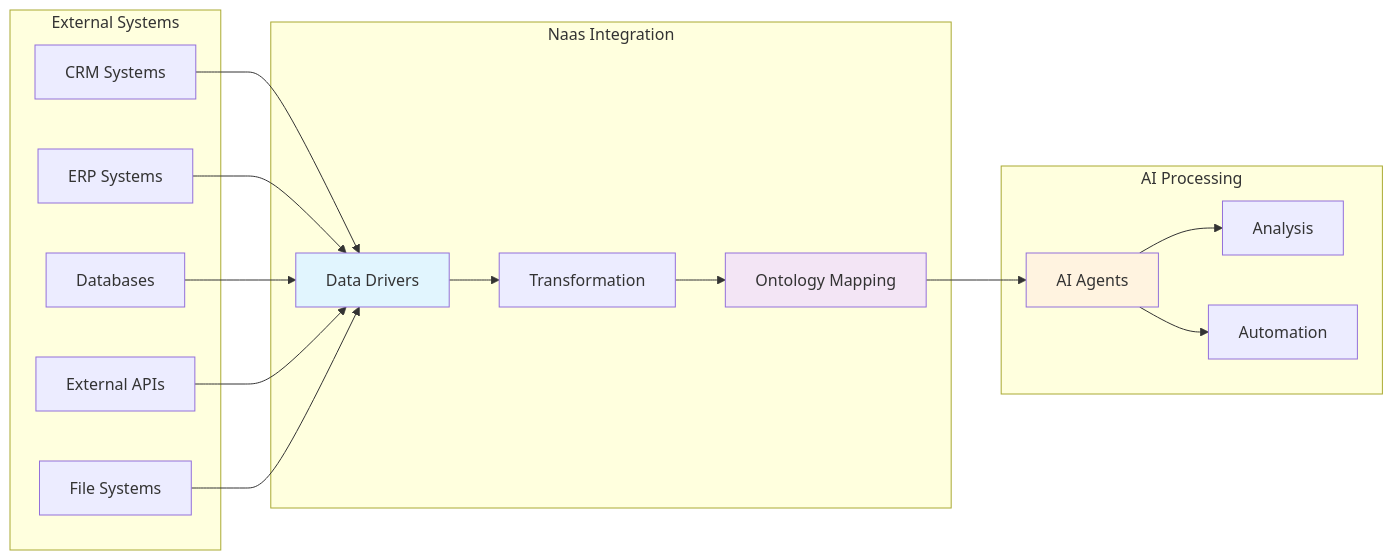
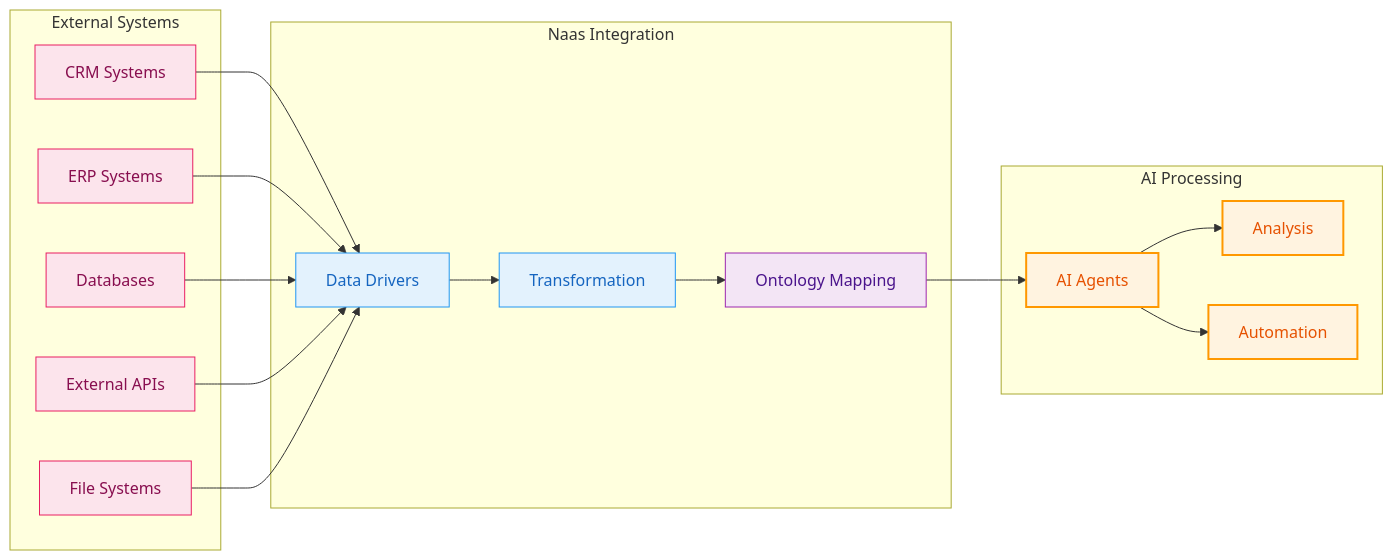
Before and after one commit to jupyter-naas/docs: the second of 2 diagrams in site/docs/scale/architecture/overview.md, drawn with Mermaid. The commit also changed other lines of this file and 4 other files, not shown here.

First line of the commit message:
feat: Implement consistent Mermaid styling across all architecture diagrams

````diff
--- a/site/docs/scale/architecture/overview.md
+++ b/site/docs/scale/architecture/overview.md
@@ -101,39 +108,46 @@
 ```mermaid
 graph LR
     subgraph "External Systems"
         CRM[CRM Systems]
         ERP[ERP Systems]  
         DB[Databases]
-        API[External APIs]
+        EXTAPI[External APIs]
         FILES[File Systems]
     end
     
     subgraph "Naas Integration"
         DRIVERS[Data Drivers]
         TRANSFORM[Transformation]
         ONTOLOGY[Ontology Mapping]
     end
     
     subgraph "AI Processing"
         AGENTS[AI Agents]
         ANALYSIS[Analysis]
         AUTOMATION[Automation]
     end
     
     CRM --> DRIVERS
     ERP --> DRIVERS
     DB --> DRIVERS
-    API --> DRIVERS
+    EXTAPI --> DRIVERS
     FILES --> DRIVERS
     
     DRIVERS --> TRANSFORM
     TRANSFORM --> ONTOLOGY
     ONTOLOGY --> AGENTS
     
     AGENTS --> ANALYSIS
     AGENTS --> AUTOMATION
     
-    style DRIVERS fill:#e1f5fe
-    style ONTOLOGY fill:#f3e5f5
-    style AGENTS fill:#fff3e0
+    classDef userExp fill:#e8f5e8,stroke:#4caf50,stroke-width:2px,color:#2e7d32
+    classDef platform fill:#e3f2fd,stroke:#2196f3,stroke-width:1px,color:#1565c0
+    classDef aiEngine fill:#fff3e0,stroke:#ff9800,stroke-width:2px,color:#e65100
+    classDef dataLayer fill:#f3e5f5,stroke:#9c27b0,stroke-width:1px,color:#4a148c
+    classDef infrastructure fill:#fce4ec,stroke:#e91e63,stroke-width:1px,color:#880e4f
+    
+    class CRM,ERP,DB,EXTAPI,FILES infrastructure
+    class DRIVERS,TRANSFORM platform
+    class ONTOLOGY dataLayer
+    class AGENTS,ANALYSIS,AUTOMATION aiEngine
 ```
````
